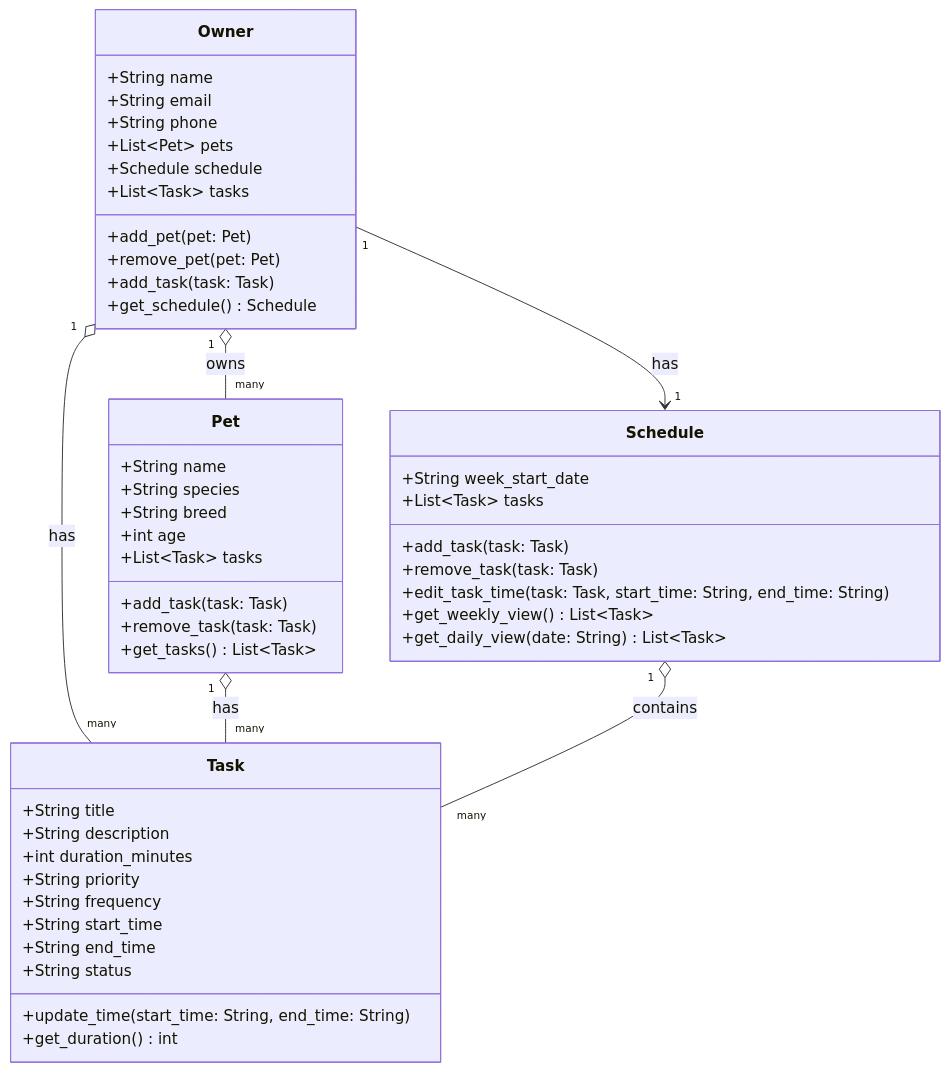
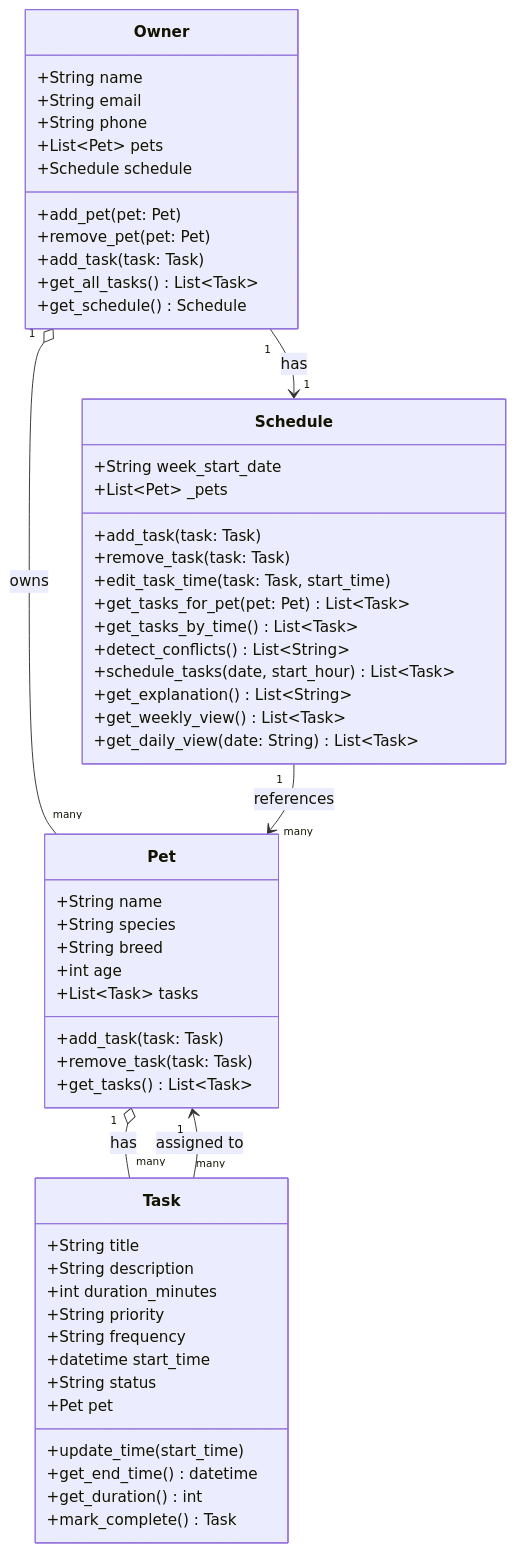
The diagram in class_diagram.md (KidusYohannesA/ai110-module2show-pawpal-starter), drawn with Mermaid before and after one commit. The commit also changed 3 other files, not shown here.

````diff
--- a/class_diagram.md
+++ b/class_diagram.md
@@ -1,55 +1,62 @@
 ```mermaid
 classDiagram
     class Owner {
         +String name
         +String email
         +String phone
         +List~Pet~ pets
         +Schedule schedule
-        +List~Task~ tasks
         +add_pet(pet: Pet)
         +remove_pet(pet: Pet)
         +add_task(task: Task)
+        +get_all_tasks() List~Task~
         +get_schedule() Schedule
     }
 
     class Pet {
         +String name
         +String species
         +String breed
         +int age
         +List~Task~ tasks
         +add_task(task: Task)
         +remove_task(task: Task)
         +get_tasks() List~Task~
     }
 
     class Task {
         +String title
         +String description
         +int duration_minutes
         +String priority
         +String frequency
-        +String start_time
-        +String end_time
+        +datetime start_time
         +String status
-        +update_time(start_time: String, end_time: String)
+        +Pet pet
+        +update_time(start_time)
+        +get_end_time() datetime
         +get_duration() int
+        +mark_complete() Task
     }
 
     class Schedule {
         +String week_start_date
-        +List~Task~ tasks
+        +List~Pet~ _pets
         +add_task(task: Task)
         +remove_task(task: Task)
-        +edit_task_time(task: Task, start_time: String, end_time: String)
+        +edit_task_time(task: Task, start_time)
+        +get_tasks_for_pet(pet: Pet) List~Task~
+        +get_tasks_by_time() List~Task~
+        +detect_conflicts() List~String~
+        +schedule_tasks(date, start_hour) List~Task~
+        +get_explanation() List~String~
         +get_weekly_view() List~Task~
         +get_daily_view(date: String) List~Task~
     }
 
     Owner "1" --> "1" Schedule : has
     Owner "1" o-- "many" Pet : owns
-    Owner "1" o-- "many" Task : has
+    Schedule "1" --> "many" Pet : references
     Pet "1" o-- "many" Task : has
-    Schedule "1" o-- "many" Task : contains
+    Task "many" --> "1" Pet : assigned to
 ```
````
